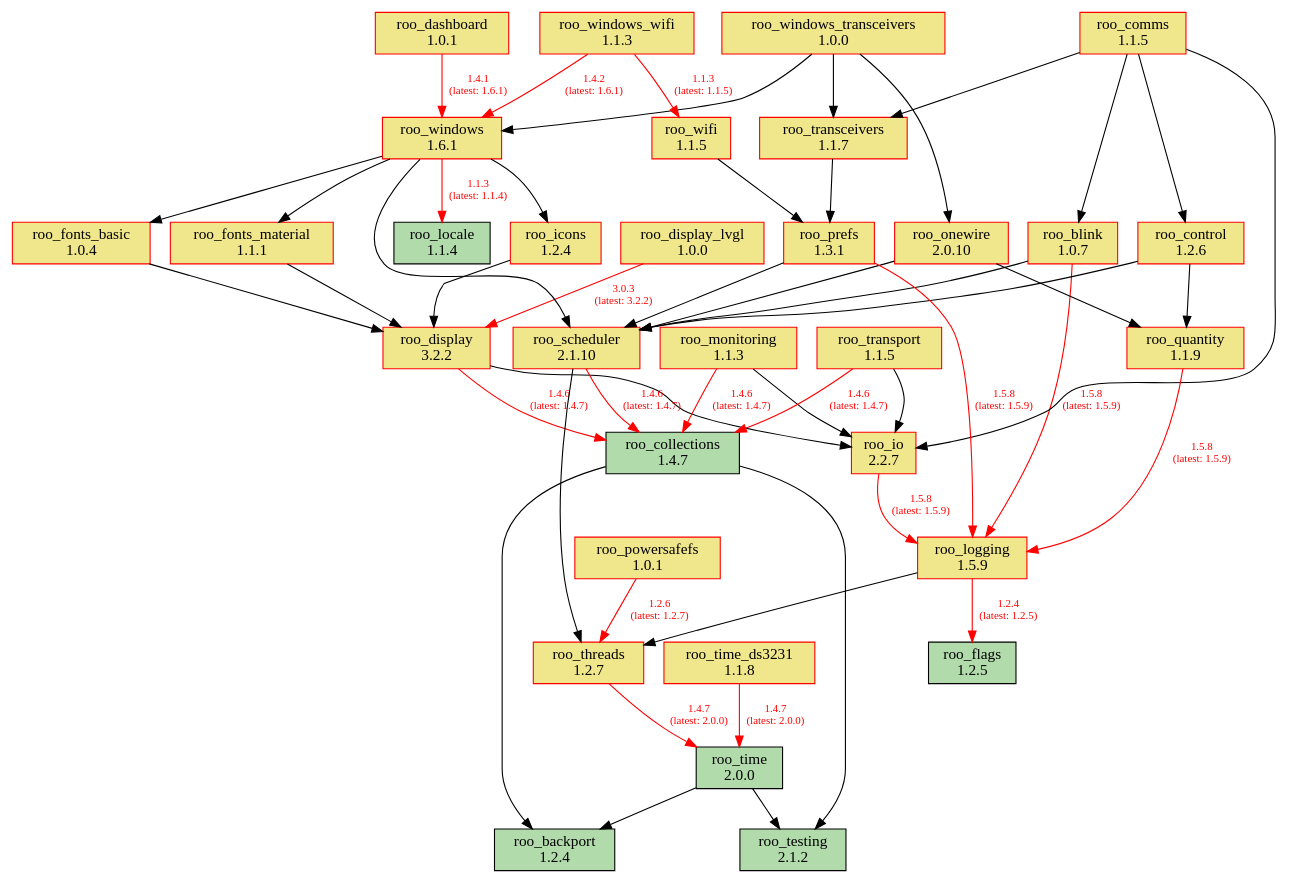
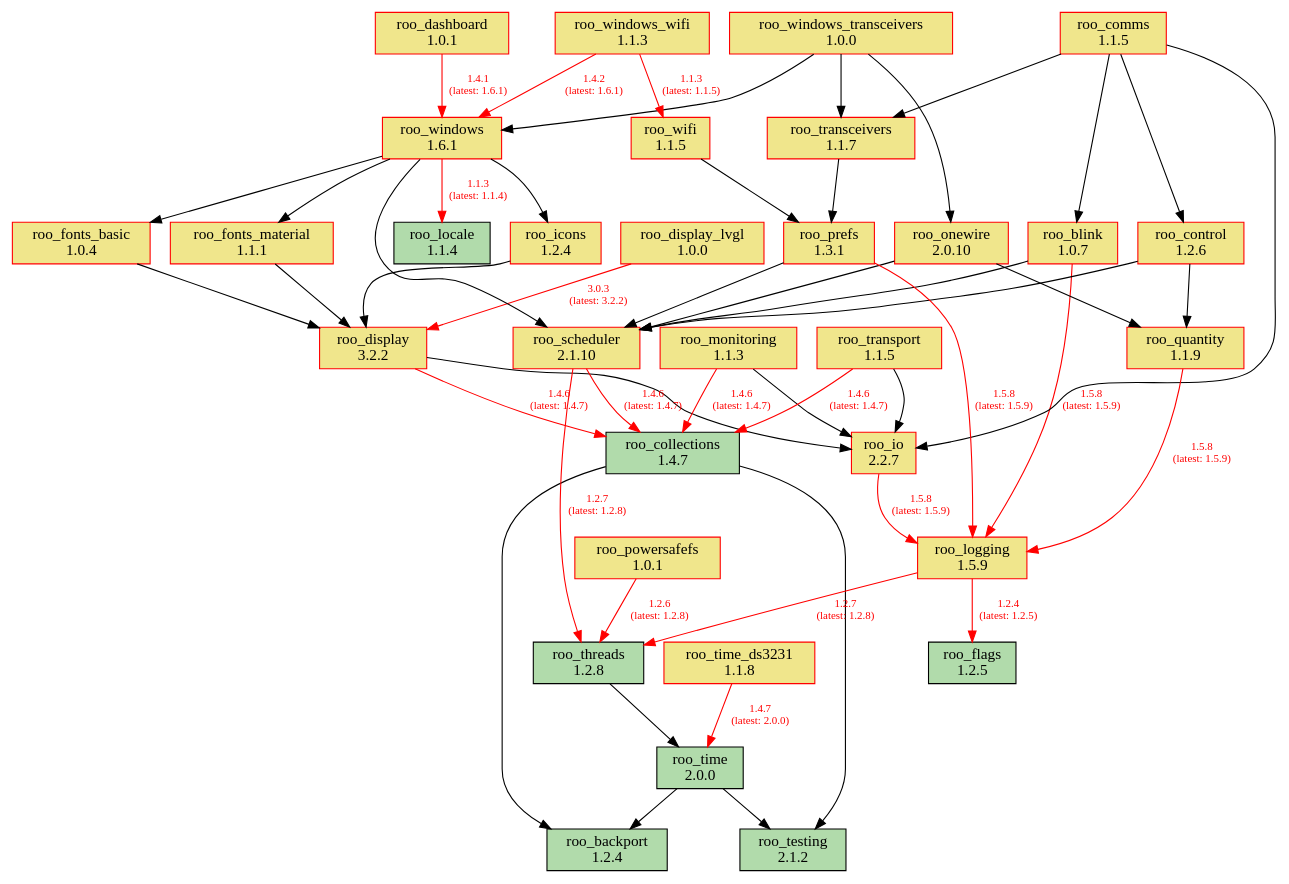
One commit to dejwk/roo-registry changed the diagram in doc/dependencies.dot. Above: the diagram before and after it, drawn with Graphviz. The commit also changed 3 other files, not shown here.

Commit message:
Added roo_threads 1.2.8 to the registry.

```diff
--- a/doc/dependencies.dot
+++ b/doc/dependencies.dot
@@ -1,88 +1,88 @@
 digraph dependencies {
     rankdir=TB;
     node [shape=box, style=filled];
     edge [fontsize=10];
 
     // Modules
     "roo_backport" [label="roo_backport\n1.2.4", fillcolor="#b1dbab", color="black"];
     "roo_blink" [label="roo_blink\n1.0.7", fillcolor="khaki", color="red"];
     "roo_collections" [label="roo_collections\n1.4.7", fillcolor="#b1dbab", color="black"];
     "roo_comms" [label="roo_comms\n1.1.5", fillcolor="khaki", color="red"];
     "roo_control" [label="roo_control\n1.2.6", fillcolor="khaki", color="red"];
     "roo_dashboard" [label="roo_dashboard\n1.0.1", fillcolor="khaki", color="red"];
     "roo_display" [label="roo_display\n3.2.2", fillcolor="khaki", color="red"];
     "roo_display_lvgl" [label="roo_display_lvgl\n1.0.0", fillcolor="khaki", color="red"];
     "roo_flags" [label="roo_flags\n1.2.5", fillcolor="#b1dbab", color="black"];
     "roo_fonts_basic" [label="roo_fonts_basic\n1.0.4", fillcolor="khaki", color="red"];
     "roo_fonts_material" [label="roo_fonts_material\n1.1.1", fillcolor="khaki", color="red"];
     "roo_icons" [label="roo_icons\n1.2.4", fillcolor="khaki", color="red"];
     "roo_io" [label="roo_io\n2.2.7", fillcolor="khaki", color="red"];
     "roo_locale" [label="roo_locale\n1.1.4", fillcolor="#b1dbab", color="black"];
     "roo_logging" [label="roo_logging\n1.5.9", fillcolor="khaki", color="red"];
     "roo_monitoring" [label="roo_monitoring\n1.1.3", fillcolor="khaki", color="red"];
     "roo_onewire" [label="roo_onewire\n2.0.10", fillcolor="khaki", color="red"];
     "roo_powersafefs" [label="roo_powersafefs\n1.0.1", fillcolor="khaki", color="red"];
     "roo_prefs" [label="roo_prefs\n1.3.1", fillcolor="khaki", color="red"];
     "roo_quantity" [label="roo_quantity\n1.1.9", fillcolor="khaki", color="red"];
     "roo_scheduler" [label="roo_scheduler\n2.1.10", fillcolor="khaki", color="red"];
     "roo_testing" [label="roo_testing\n2.1.2", fillcolor="#b1dbab", color="black"];
-    "roo_threads" [label="roo_threads\n1.2.7", fillcolor="khaki", color="red"];
+    "roo_threads" [label="roo_threads\n1.2.8", fillcolor="#b1dbab", color="black"];
     "roo_time" [label="roo_time\n2.0.0", fillcolor="#b1dbab", color="black"];
     "roo_time_ds3231" [label="roo_time_ds3231\n1.1.8", fillcolor="khaki", color="red"];
     "roo_transceivers" [label="roo_transceivers\n1.1.7", fillcolor="khaki", color="red"];
     "roo_transport" [label="roo_transport\n1.1.5", fillcolor="khaki", color="red"];
     "roo_wifi" [label="roo_wifi\n1.1.5", fillcolor="khaki", color="red"];
     "roo_windows" [label="roo_windows\n1.6.1", fillcolor="khaki", color="red"];
     "roo_windows_transceivers" [label="roo_windows_transceivers\n1.0.0", fillcolor="khaki", color="red"];
     "roo_windows_wifi" [label="roo_windows_wifi\n1.1.3", fillcolor="khaki", color="red"];
 
     // Dependencies
     "roo_blink" -> "roo_logging" [color=red, fontcolor=red, label="1.5.8\n(latest: 1.5.9)"];
     "roo_blink" -> "roo_scheduler";
     "roo_collections" -> "roo_testing";
     "roo_collections" -> "roo_backport";
     "roo_comms" -> "roo_blink";
     "roo_comms" -> "roo_control";
     "roo_comms" -> "roo_io";
     "roo_comms" -> "roo_transceivers";
     "roo_control" -> "roo_quantity";
     "roo_control" -> "roo_scheduler";
     "roo_dashboard" -> "roo_windows" [color=red, fontcolor=red, label="1.4.1\n(latest: 1.6.1)"];
     "roo_display" -> "roo_collections" [color=red, fontcolor=red, label="1.4.6\n(latest: 1.4.7)"];
     "roo_display" -> "roo_io";
     "roo_display_lvgl" -> "roo_display" [color=red, fontcolor=red, label="3.0.3\n(latest: 3.2.2)"];
     "roo_fonts_basic" -> "roo_display";
     "roo_fonts_material" -> "roo_display";
     "roo_icons" -> "roo_display";
     "roo_io" -> "roo_logging" [color=red, fontcolor=red, label="1.5.8\n(latest: 1.5.9)"];
     "roo_logging" -> "roo_flags" [color=red, fontcolor=red, label="1.2.4\n(latest: 1.2.5)"];
-    "roo_logging" -> "roo_threads";
+    "roo_logging" -> "roo_threads" [color=red, fontcolor=red, label="1.2.7\n(latest: 1.2.8)"];
     "roo_monitoring" -> "roo_collections" [color=red, fontcolor=red, label="1.4.6\n(latest: 1.4.7)"];
     "roo_monitoring" -> "roo_io";
     "roo_onewire" -> "roo_scheduler";
     "roo_onewire" -> "roo_quantity";
-    "roo_powersafefs" -> "roo_threads" [color=red, fontcolor=red, label="1.2.6\n(latest: 1.2.7)"];
+    "roo_powersafefs" -> "roo_threads" [color=red, fontcolor=red, label="1.2.6\n(latest: 1.2.8)"];
     "roo_prefs" -> "roo_logging" [color=red, fontcolor=red, label="1.5.8\n(latest: 1.5.9)"];
     "roo_prefs" -> "roo_scheduler";
     "roo_quantity" -> "roo_logging" [color=red, fontcolor=red, label="1.5.8\n(latest: 1.5.9)"];
     "roo_scheduler" -> "roo_collections" [color=red, fontcolor=red, label="1.4.6\n(latest: 1.4.7)"];
-    "roo_scheduler" -> "roo_threads";
-    "roo_threads" -> "roo_time" [color=red, fontcolor=red, label="1.4.7\n(latest: 2.0.0)"];
+    "roo_scheduler" -> "roo_threads" [color=red, fontcolor=red, label="1.2.7\n(latest: 1.2.8)"];
+    "roo_threads" -> "roo_time";
     "roo_time" -> "roo_testing";
     "roo_time" -> "roo_backport";
     "roo_time_ds3231" -> "roo_time" [color=red, fontcolor=red, label="1.4.7\n(latest: 2.0.0)"];
     "roo_transceivers" -> "roo_prefs";
     "roo_transport" -> "roo_collections" [color=red, fontcolor=red, label="1.4.6\n(latest: 1.4.7)"];
     "roo_transport" -> "roo_io";
     "roo_wifi" -> "roo_prefs";
     "roo_windows" -> "roo_fonts_basic";
     "roo_windows" -> "roo_fonts_material";
     "roo_windows" -> "roo_locale" [color=red, fontcolor=red, label="1.1.3\n(latest: 1.1.4)"];
     "roo_windows" -> "roo_icons";
     "roo_windows" -> "roo_scheduler";
     "roo_windows_transceivers" -> "roo_onewire";
     "roo_windows_transceivers" -> "roo_transceivers";
     "roo_windows_transceivers" -> "roo_windows";
     "roo_windows_wifi" -> "roo_wifi" [color=red, fontcolor=red, label="1.1.3\n(latest: 1.1.5)"];
     "roo_windows_wifi" -> "roo_windows" [color=red, fontcolor=red, label="1.4.2\n(latest: 1.6.1)"];
 }
```
